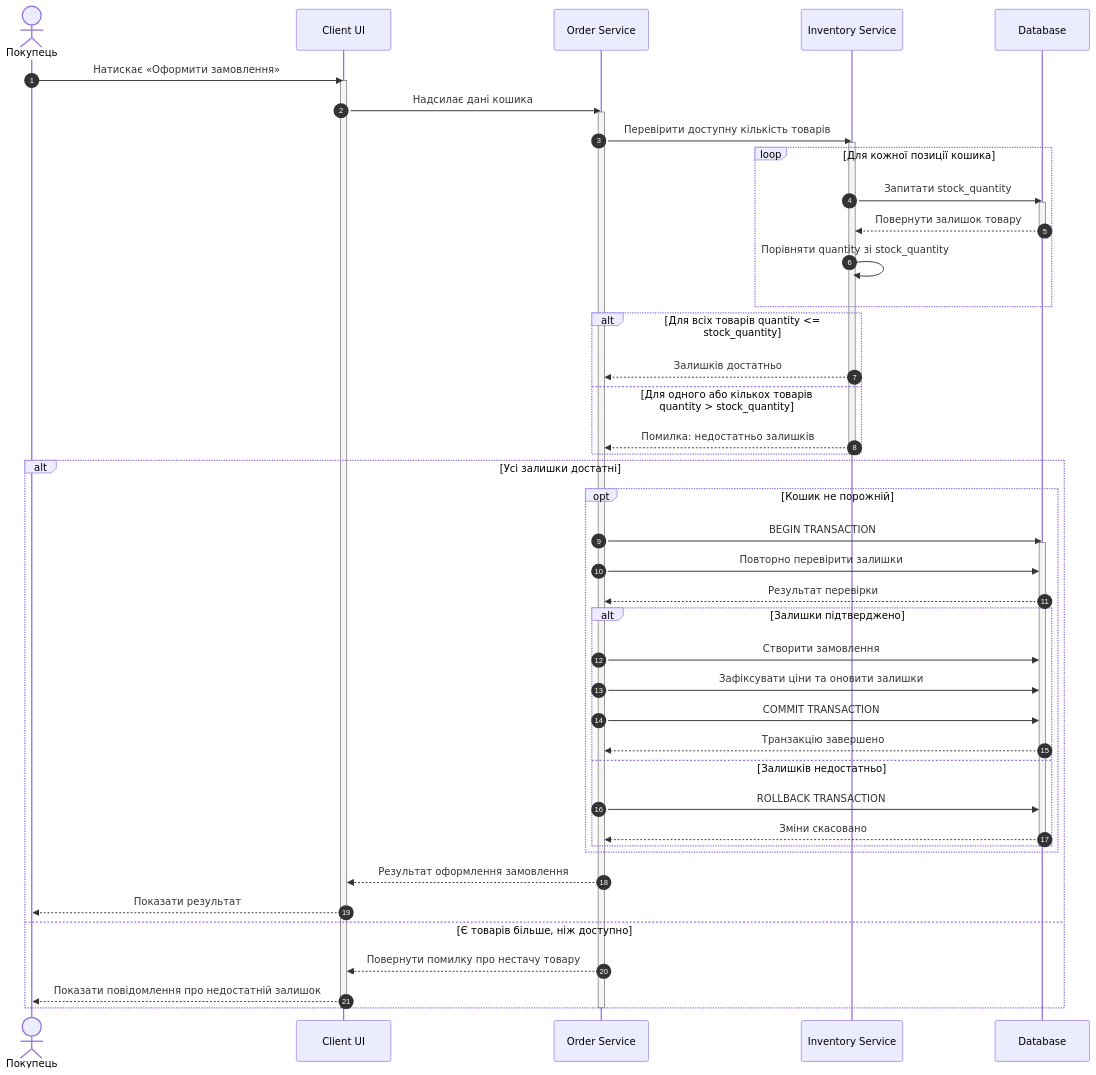
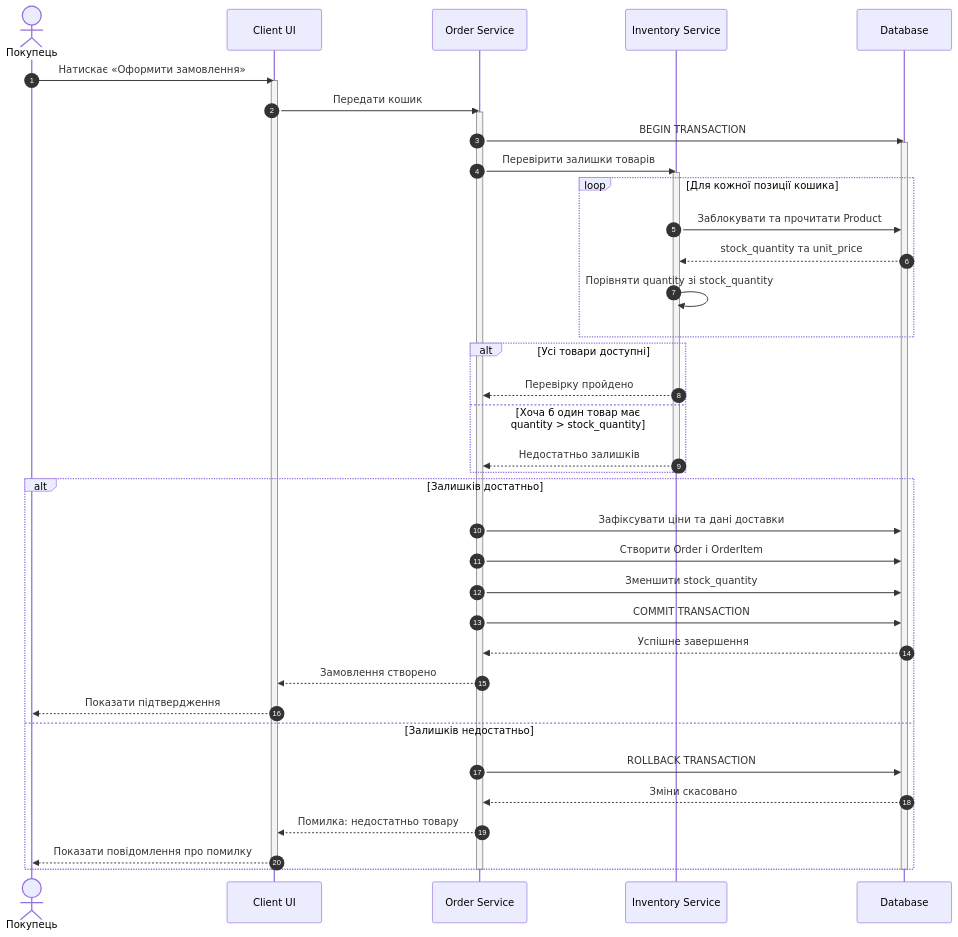
The diagram in scenario/scenario-3-2.mmd (Ro-sya/KPI), drawn with Mermaid before and after one commit. The commit also changed 2 other files, not shown here.

Commit message:
update diagram 3.1 , 3.2 , 5.2

```diff
--- a/scenario/scenario-3-2.mmd
+++ b/scenario/scenario-3-2.mmd
@@ -1,59 +1,50 @@
 sequenceDiagram
     autonumber
     actor Buyer as Покупець
     participant UI as Client UI
     participant OS as Order Service
     participant IS as Inventory Service
     participant DB as Database
 
     Buyer->>UI: Натискає «Оформити замовлення»
     activate UI
-    UI->>OS: Надсилає дані кошика
+    UI->>OS: Передати кошик
     activate OS
 
-    OS->>IS: Перевірити доступну кількість товарів
+    OS->>DB: BEGIN TRANSACTION
+    activate DB
+
+    OS->>IS: Перевірити залишки товарів
     activate IS
 
     loop Для кожної позиції кошика
-        IS->>DB: Запитати stock_quantity
-        activate DB
-        DB-->>IS: Повернути залишок товару
-        deactivate DB
+        IS->>DB: Заблокувати та прочитати Product
+        DB-->>IS: stock_quantity та unit_price
         IS->>IS: Порівняти quantity зі stock_quantity
     end
 
-    alt Для всіх товарів quantity <= stock_quantity
-        IS-->>OS: Залишків достатньо
-    else Для одного або кількох товарів quantity > stock_quantity
-        IS-->>OS: Помилка: недостатньо залишків
+    alt Усі товари доступні
+        IS-->>OS: Перевірку пройдено
+    else Хоча б один товар має quantity > stock_quantity
+        IS-->>OS: Недостатньо залишків
     end
     deactivate IS
 
-    alt Усі залишки достатні
-        opt Кошик не порожній
-            OS->>DB: BEGIN TRANSACTION
-            activate DB
-            OS->>DB: Повторно перевірити залишки
-            DB-->>OS: Результат перевірки
-
-            alt Залишки підтверджено
-                OS->>DB: Створити замовлення
-                OS->>DB: Зафіксувати ціни та оновити залишки
-                OS->>DB: COMMIT TRANSACTION
-                DB-->>OS: Транзакцію завершено
-            else Залишків недостатньо
-                OS->>DB: ROLLBACK TRANSACTION
-                DB-->>OS: Зміни скасовано
-            end
-            deactivate DB
-        end
-
-        OS-->>UI: Результат оформлення замовлення
-        UI-->>Buyer: Показати результат
-    else Є товарів більше, ніж доступно
-        OS-->>UI: Повернути помилку про нестачу товару
-        UI-->>Buyer: Показати повідомлення про недостатній залишок
+    alt Залишків достатньо
+        OS->>DB: Зафіксувати ціни та дані доставки
+        OS->>DB: Створити Order і OrderItem
+        OS->>DB: Зменшити stock_quantity
+        OS->>DB: COMMIT TRANSACTION
+        DB-->>OS: Успішне завершення
+        OS-->>UI: Замовлення створено
+        UI-->>Buyer: Показати підтвердження
+    else Залишків недостатньо
+        OS->>DB: ROLLBACK TRANSACTION
+        DB-->>OS: Зміни скасовано
+        OS-->>UI: Помилка: недостатньо товару
+        UI-->>Buyer: Показати повідомлення про помилку
     end
 
+    deactivate DB
     deactivate OS
     deactivate UI
```
